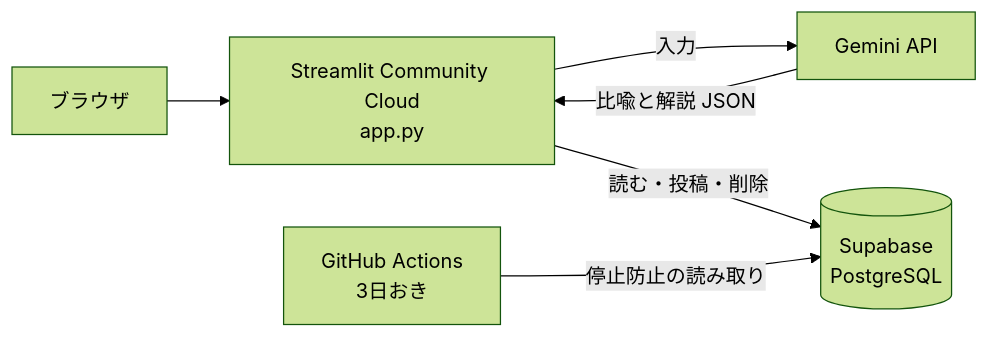
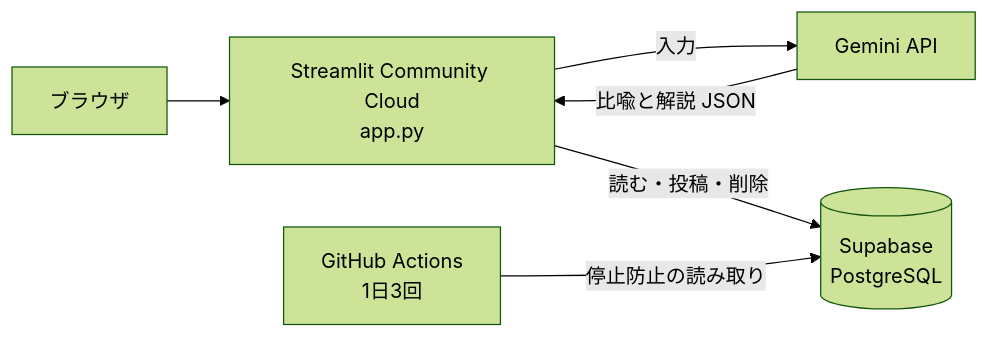
One commit to Hisatoshi-Ejiri-1/metaphor-generator changed the diagram in README.md. Above: the diagram before and after it, drawn with Mermaid (forest theme). The commit also changed other lines of this file and 1 other file, not shown here.

Commit message:
Supabaseの停止防止を1日3回に強化し、失敗時に原因がわかるメッセージを出す
Claude-Session: https://claude.ai/code/session_01XVC4reJRVTB7jg7i56rYAQ

````diff
--- a/README.md
+++ b/README.md
@@ -19,8 +19,8 @@
 ```mermaid
 flowchart LR
     U[ブラウザ] --> S[Streamlit Community Cloud<br/>app.py]
     S -->|入力| G[Gemini API]
     G -->|比喩と解説 JSON| S
     S -->|読む・投稿・削除| D[(Supabase<br/>PostgreSQL)]
-    A[GitHub Actions<br/>3日おき] -->|停止防止の読み取り| D
+    A[GitHub Actions<br/>1日3回] -->|停止防止の読み取り| D
 ```
````
